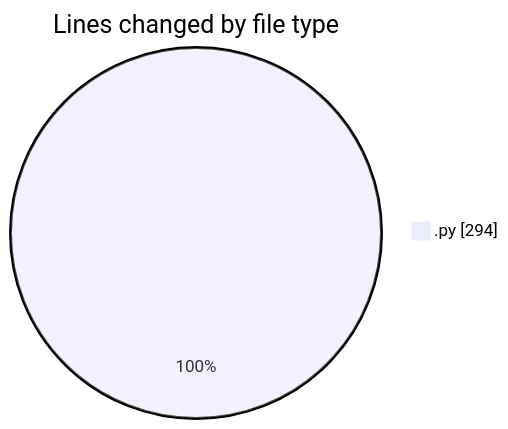
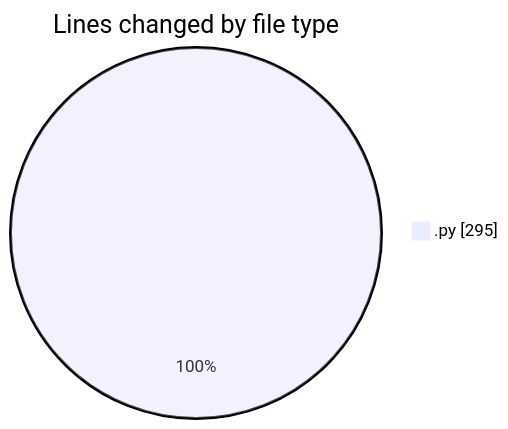
One commit to julien-gomy/code-tracking changed the first of 2 diagrams in 2025-10-22/eventscop-api-guide__workspace_/README.md. Above: the diagram before and after it, drawn with Mermaid. The commit also changed other lines of this file and 1 other file, not shown here.

````diff
--- a/2025-10-22/eventscop-api-guide__workspace_/README.md
+++ b/2025-10-22/eventscop-api-guide__workspace_/README.md
@@ -24,5 +25,5 @@
 ```mermaid
 pie showData
 title Lines changed by file type
-".py" : 294
+".py" : 295
 ```
````
